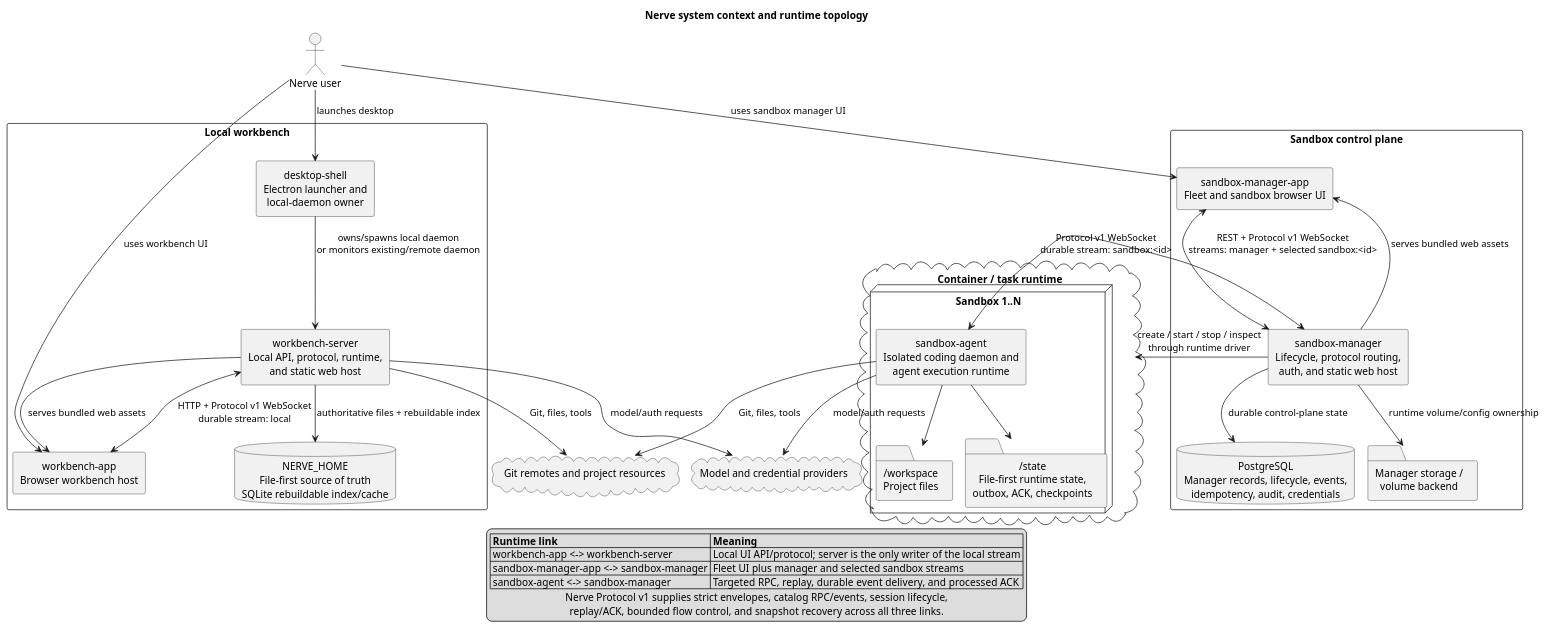
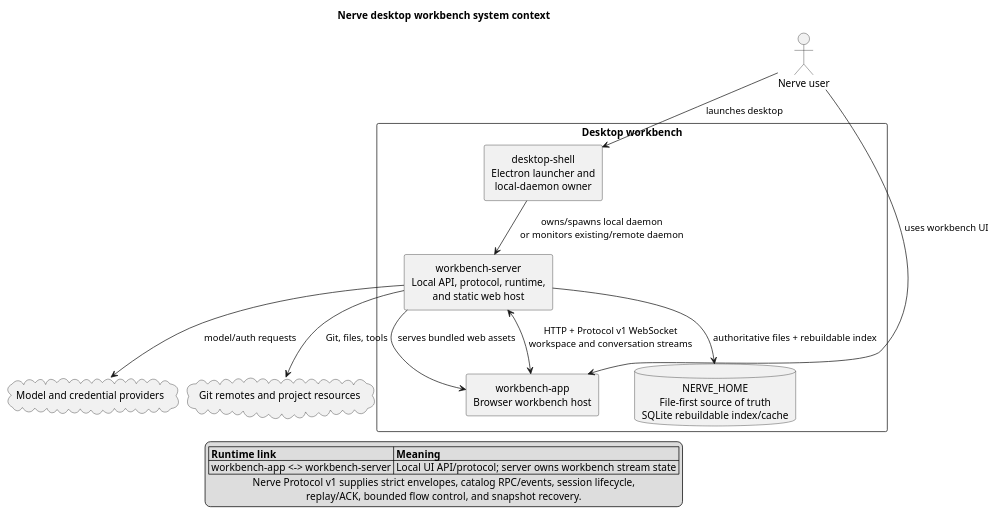
One commit to ThilinaTLM/nerve changed the diagram in docs/architecture/01-system-context.puml. Above: the diagram before and after it, drawn with PlantUML. The commit also changed 454 other files, not shown here.

```diff
--- a/docs/architecture/01-system-context.puml
+++ b/docs/architecture/01-system-context.puml
@@ -1,69 +1,39 @@
 @startuml
 !pragma layout smetana
 skinparam shadowing false
 skinparam componentStyle rectangle
 skinparam packageStyle rectangle
 skinparam defaultTextAlignment center
 skinparam ArrowThickness 1
 
-title Nerve system context and runtime topology
+title Nerve desktop workbench system context
 
 actor "Nerve user" as user
 
-rectangle "Local workbench" as local {
+rectangle "Desktop workbench" as local {
   component "desktop-shell\nElectron launcher and\nlocal-daemon owner" as desktop
   component "workbench-app\nBrowser workbench host" as workbench_app
   component "workbench-server\nLocal API, protocol, runtime,\nand static web host" as workbench_server
   database "NERVE_HOME\nFile-first source of truth\nSQLite rebuildable index/cache" as nerve_home
-}
-
-rectangle "Sandbox control plane" as control {
-  component "sandbox-manager-app\nFleet and sandbox browser UI" as manager_app
-  component "sandbox-manager\nLifecycle, protocol routing,\nauth, and static web host" as manager
-  database "PostgreSQL\nManager records, lifecycle, events,\nidempotency, audit, credentials" as postgres
-  folder "Manager storage /\nvolume backend" as manager_storage
-}
-
-cloud "Container / task runtime" as runtime {
-  node "Sandbox 1..N" as sandbox {
-    component "sandbox-agent\nIsolated coding daemon and\nagent execution runtime" as agent
-    folder "/workspace\nProject files" as workspace
-    folder "/state\nFile-first runtime state,\noutbox, ACK, checkpoints" as state
-  }
 }
 
 cloud "Model and credential providers" as providers
 cloud "Git remotes and project resources" as resources
 
 user --> desktop : launches desktop
 user --> workbench_app : uses workbench UI
-user --> manager_app : uses sandbox manager UI
 
 desktop --> workbench_server : owns/spawns local daemon\nor monitors existing/remote daemon
 workbench_server --> workbench_app : serves bundled web assets
-workbench_app <--> workbench_server : HTTP + Protocol v1 WebSocket\ndurable stream: local
+workbench_app <--> workbench_server : HTTP + Protocol v1 WebSocket\nworkspace and conversation streams
 workbench_server --> nerve_home : authoritative files + rebuildable index
-
-manager --> manager_app : serves bundled web assets
-manager_app <--> manager : REST + Protocol v1 WebSocket\nstreams: manager + selected sandbox:<id>
-manager --> postgres : durable control-plane state
-manager --> manager_storage : runtime volume/config ownership
-manager --> runtime : create / start / stop / inspect\nthrough runtime driver
-agent <--> manager : Protocol v1 WebSocket\ndurable stream: sandbox:<id>
-agent --> workspace
-agent --> state
-
 workbench_server --> providers : model/auth requests
-agent --> providers : model/auth requests
 workbench_server --> resources : Git, files, tools
-agent --> resources : Git, files, tools
 
 legend bottom
   |= Runtime link |= Meaning |
-  | workbench-app <-> workbench-server | Local UI API/protocol; server is the only writer of the local stream |
-  | sandbox-manager-app <-> sandbox-manager | Fleet UI plus manager and selected sandbox streams |
-  | sandbox-agent <-> sandbox-manager | Targeted RPC, replay, durable event delivery, and processed ACK |
+  | workbench-app <-> workbench-server | Local UI API/protocol; server owns workbench stream state |
   Nerve Protocol v1 supplies strict envelopes, catalog RPC/events, session lifecycle,
-  replay/ACK, bounded flow control, and snapshot recovery across all three links.
+  replay/ACK, bounded flow control, and snapshot recovery.
 endlegend
 @enduml
```
